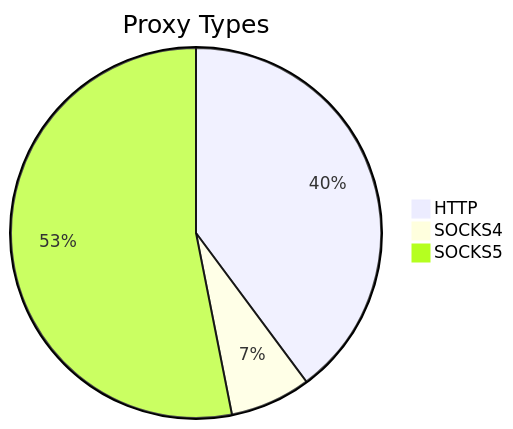
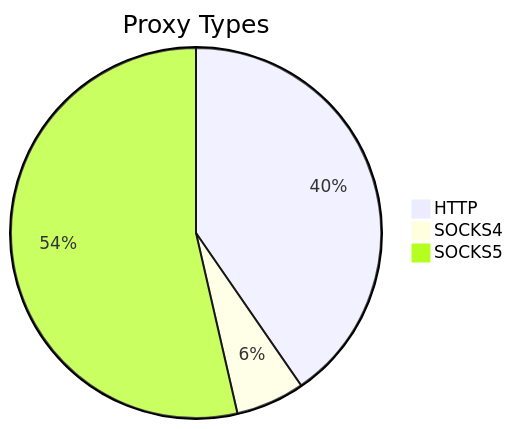
The first of 2 diagrams in README.md (stormsia/proxy-list), drawn with Mermaid before and after one commit. The commit also changed other lines of this file, not shown here.

````diff
--- a/README.md
+++ b/README.md
@@ -21,6 +21,6 @@
 ```mermaid
 pie title Proxy Types
-    "HTTP" : 288
-    "SOCKS4" : 51
-    "SOCKS5" : 384
+    "HTTP" : 309
+    "SOCKS4" : 46
+    "SOCKS5" : 410
 ```
````
